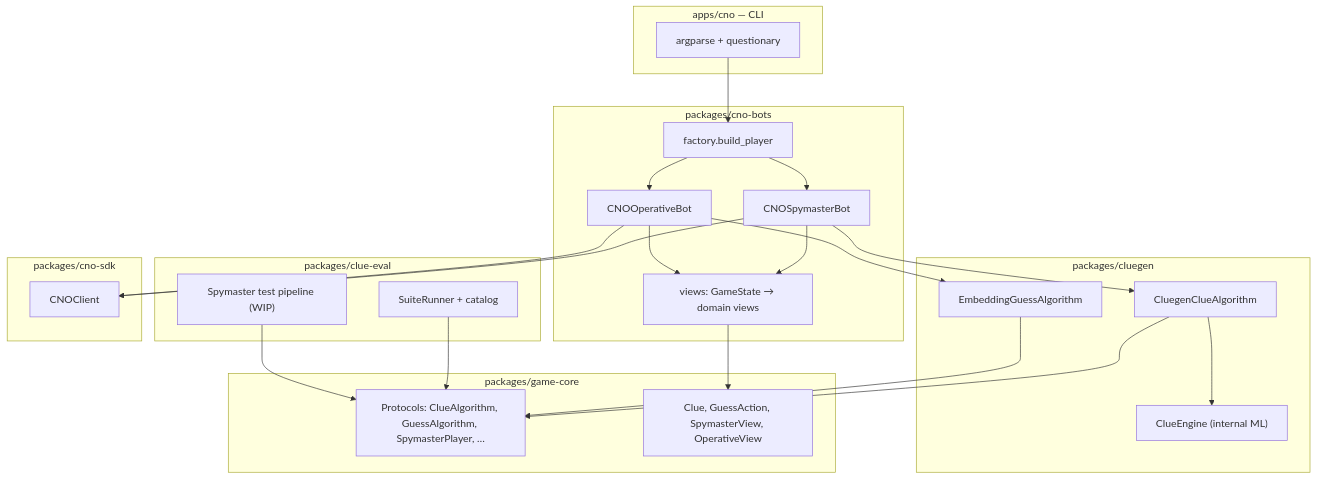
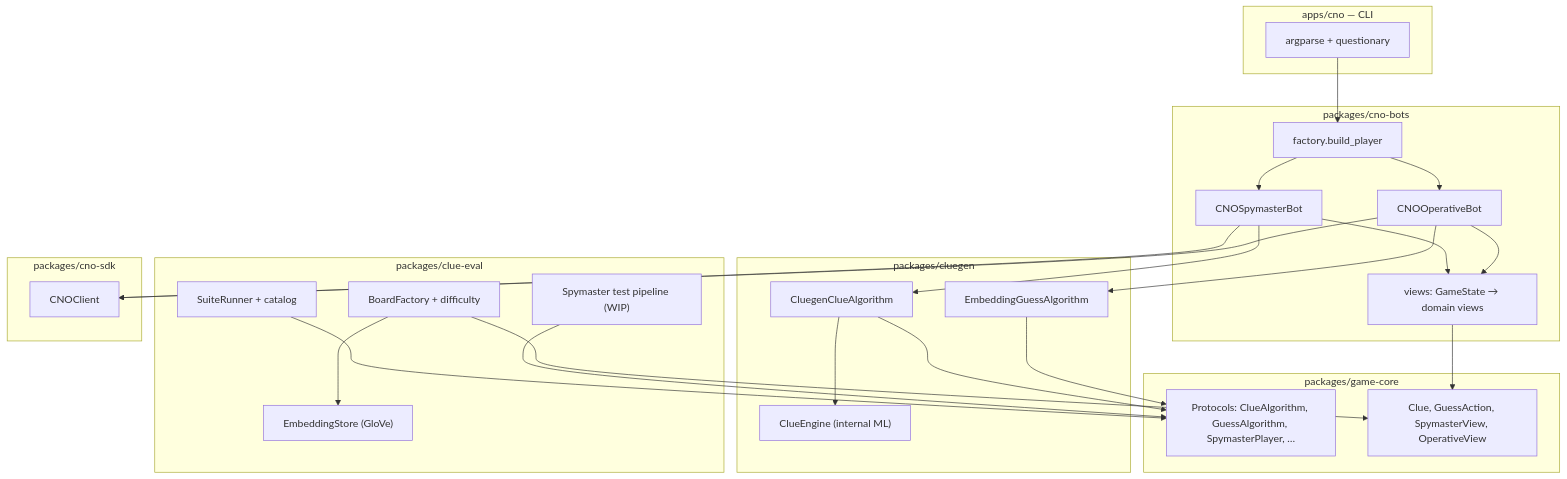
One commit to cmlees0617/codenames-ai changed the diagram in docs/architecture/overview.md. Above: the diagram before and after it, drawn with Mermaid. The commit also changed other lines of this file and 12 other files, not shown here.

````diff
--- a/docs/architecture/overview.md
+++ b/docs/architecture/overview.md
@@ -20,49 +21,53 @@
 ```mermaid
 flowchart TB
   subgraph cli ["apps/cno — CLI"]
     CLI["argparse + questionary"]
   end
 
   subgraph bots ["packages/cno-bots"]
     Factory["factory.build_player"]
     SMB["CNOSpymasterBot"]
     OPB["CNOOperativeBot"]
     Views["views: GameState → domain views"]
   end
 
   subgraph domain ["packages/game-core"]
     Proto["Protocols: ClueAlgorithm, GuessAlgorithm, SpymasterPlayer, …"]
     Types["Clue, GuessAction, SpymasterView, OperativeView"]
   end
 
   subgraph algo ["packages/cluegen"]
     CA["CluegenClueAlgorithm"]
     GA["EmbeddingGuessAlgorithm"]
     CE["ClueEngine (internal ML)"]
   end
 
   subgraph eval ["packages/clue-eval"]
+    BF["BoardFactory + difficulty"]
+    ES["EmbeddingStore (GloVe)"]
     SR["SuiteRunner + catalog"]
     SIM["Spymaster test pipeline (WIP)"]
   end
 
   subgraph wire ["packages/cno-sdk"]
     Client["CNOClient"]
   end
 
   CLI --> Factory
   Factory --> SMB
   Factory --> OPB
   SMB --> Views
   OPB --> Views
   SMB --> CA
   OPB --> GA
   CA --> Proto
   GA --> Proto
   CA --> CE
   SMB --> Client
   OPB --> Client
   Views --> Types
+  BF --> ES
+  BF --> Types
   SR --> Proto
   SIM --> Proto
 ```
````
